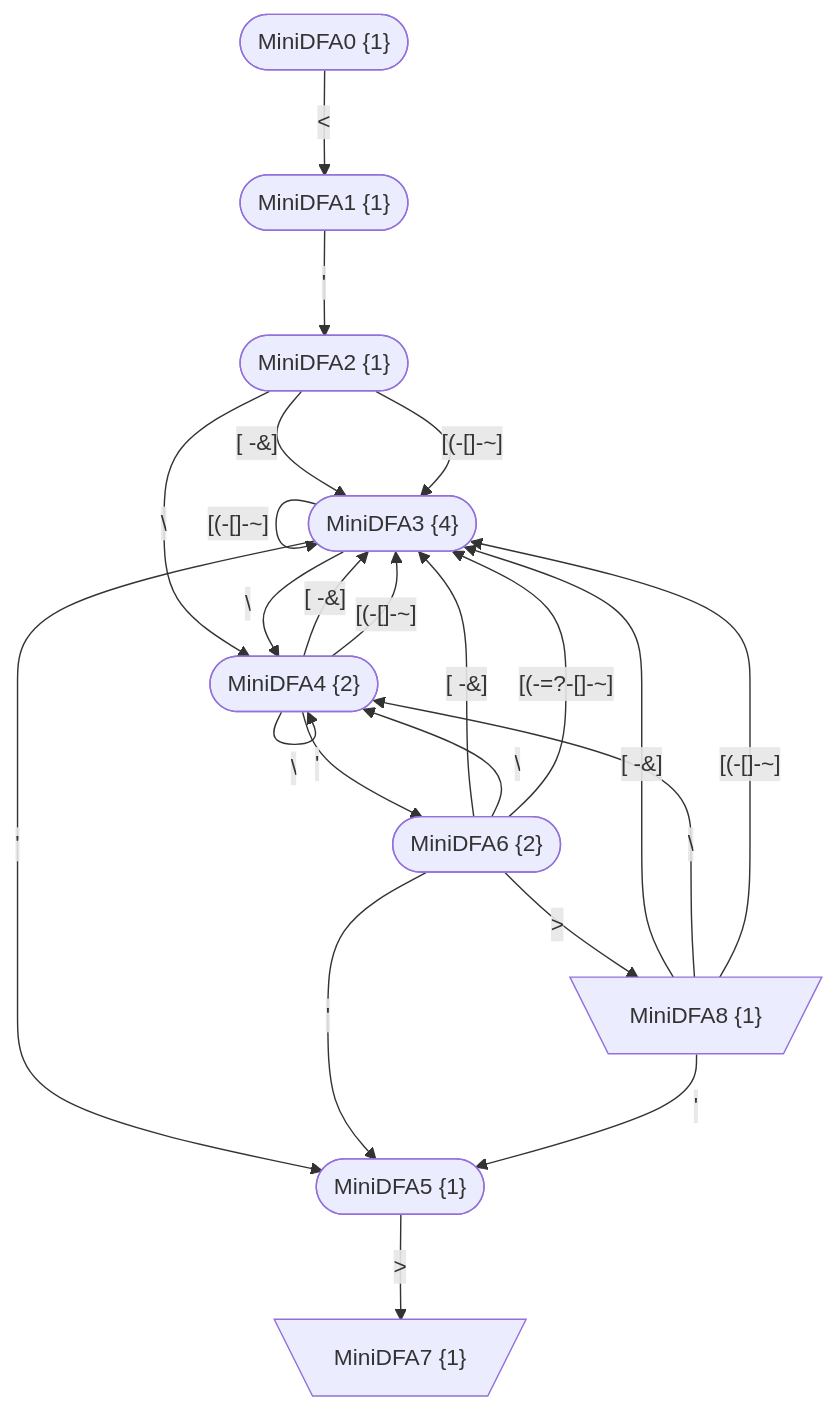
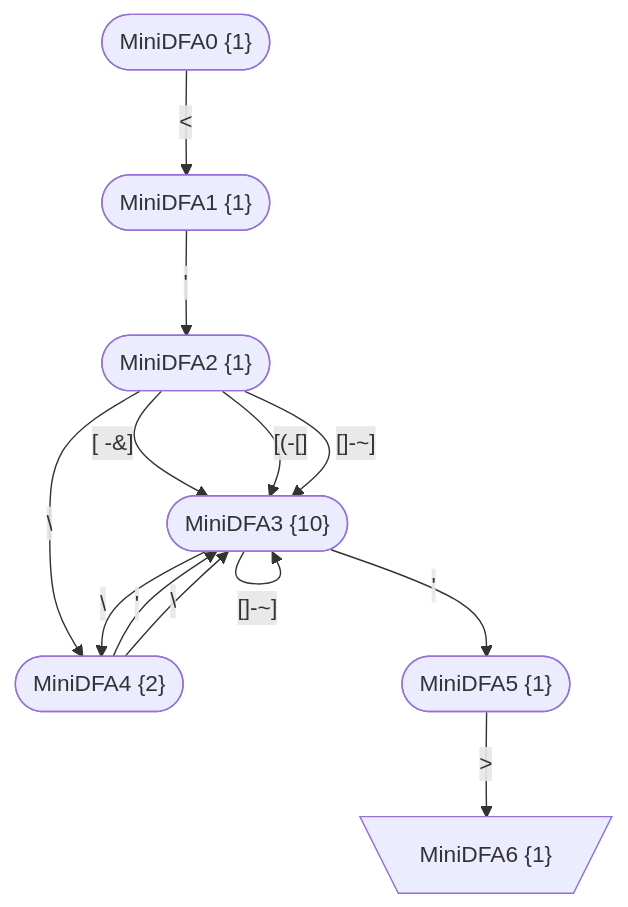
The seventh of 7 diagrams in Practices/Practice.GeneratedXxxFormat.Test/GeneratedPattern/doc/T.@refVt.gen.md (bitzhuwei/GrammarMentor), drawn with Mermaid before and after one commit. The commit also changed other lines of this file and 3868 other files, not shown here.

````diff
--- a/Practices/Practice.GeneratedXxxFormat.Test/GeneratedPattern/doc/T.@refVt.gen.md
+++ b/Practices/Practice.GeneratedXxxFormat.Test/GeneratedPattern/doc/T.@refVt.gen.md
@@ -611,50 +842,39 @@
 ```Mermaid
 flowchart
 classDef c0001 color:#FF0000;
 classDef c0010 stroke-dasharray: 10 10;
 classDef c0011 stroke-dasharray: 10 10,color:#FF0000;
 classDef c0100 fill:#BB66EE;
 classDef c0101 fill:#BB66EE,color:#FF0000;
 classDef c0110 fill:#BB66EE,stroke-dasharray: 10 10;
 classDef c0111 fill:#BB66EE,stroke-dasharray: 10 10,color:#FF0000;
 classDef c1000 stroke:#333,stroke-width:4px;
 classDef c1001 stroke:#333,stroke-width:4px,color:#FF0000;
 classDef c1010 stroke:#333,stroke-width:4px,stroke-dasharray: 10 10;
 classDef c1011 stroke:#333,stroke-width:4px,stroke-dasharray: 10 10,color:#FF0000;
 classDef c1100 stroke:#333,stroke-width:4px,fill:#BB66EE;
 classDef c1101 stroke:#333,stroke-width:4px,fill:#BB66EE,color:#FF0000;
 classDef c1110 stroke:#333,stroke-width:4px,fill:#BB66EE,stroke-dasharray: 10 10;
 classDef c1111 stroke:#333,stroke-width:4px,fill:#BB66EE,stroke-dasharray: 10 10,color:#FF0000;
-MiniDFA0_310199729(["MiniDFA0 {1}"])
-MiniDFA1_-131613700(["MiniDFA1 {1}"])
-MiniDFA2_-315008441(["MiniDFA2 {1}"])
-MiniDFA3_1927896671(["MiniDFA3 {4}"])
-MiniDFA4_1465790419(["MiniDFA4 {2}"])
-MiniDFA5_150696033(["MiniDFA5 {1}"])
-MiniDFA6_-1508734590(["MiniDFA6 {2}"])
-MiniDFA7_1928139985[\"MiniDFA7 {1}"/]
-MiniDFA8_1094364646[\"MiniDFA8 {1}"/]
-MiniDFA0_310199729 -->|"<"|MiniDFA1_-131613700
-MiniDFA1_-131613700 -->|"'"|MiniDFA2_-315008441
-MiniDFA2_-315008441 -->|"[#32;-&]"|MiniDFA3_1927896671
-MiniDFA2_-315008441 -->|"#92;"|MiniDFA4_1465790419
-MiniDFA2_-315008441 -->|"[(-[]-~]"|MiniDFA3_1927896671
-MiniDFA3_1927896671 -->|"[#32;-&]"|MiniDFA3_1927896671
-MiniDFA3_1927896671 -->|"#92;"|MiniDFA4_1465790419
-MiniDFA3_1927896671 -->|"[(-[]-~]"|MiniDFA3_1927896671
-MiniDFA3_1927896671 -->|"'"|MiniDFA5_150696033
-MiniDFA4_1465790419 -->|"'"|MiniDFA6_-1508734590
-MiniDFA4_1465790419 -->|"[#32;-&]"|MiniDFA3_1927896671
-MiniDFA4_1465790419 -->|"#92;"|MiniDFA4_1465790419
-MiniDFA4_1465790419 -->|"[(-[]-~]"|MiniDFA3_1927896671
-MiniDFA5_150696033 -->|">"|MiniDFA7_1928139985
-MiniDFA6_-1508734590 -->|"[#32;-&]"|MiniDFA3_1927896671
-MiniDFA6_-1508734590 -->|"#92;"|MiniDFA4_1465790419
-MiniDFA6_-1508734590 -->|"[(-=?-[]-~]"|MiniDFA3_1927896671
-MiniDFA6_-1508734590 -->|">"|MiniDFA8_1094364646
-MiniDFA6_-1508734590 -->|"'"|MiniDFA5_150696033
-MiniDFA8_1094364646 -->|"[#32;-&]"|MiniDFA3_1927896671
-MiniDFA8_1094364646 -->|"#92;"|MiniDFA4_1465790419
-MiniDFA8_1094364646 -->|"[(-[]-~]"|MiniDFA3_1927896671
-MiniDFA8_1094364646 -->|"'"|MiniDFA5_150696033
+MiniDFA0_490806500(["MiniDFA0 {1}"])
+MiniDFA1_533722144(["MiniDFA1 {1}"])
+MiniDFA2_661053526(["MiniDFA2 {1}"])
+MiniDFA3_278850969(["MiniDFA3 {10}"])
+MiniDFA4_1542379853(["MiniDFA4 {2}"])
+MiniDFA5_-2096372228(["MiniDFA5 {1}"])
+MiniDFA6_-338370456[\"MiniDFA6 {1}"/]
+MiniDFA0_490806500 -->|"<"|MiniDFA1_533722144
+MiniDFA1_533722144 -->|"'"|MiniDFA2_661053526
+MiniDFA2_661053526 -->|"[#32;-&]"|MiniDFA3_278850969
+MiniDFA2_661053526 -->|"#92;"|MiniDFA4_1542379853
+MiniDFA2_661053526 -->|"[(-[]"|MiniDFA3_278850969
+MiniDFA2_661053526 -->|"[]-~]"|MiniDFA3_278850969
+MiniDFA3_278850969 -->|"[#32;-&]"|MiniDFA3_278850969
+MiniDFA3_278850969 -->|"#92;"|MiniDFA4_1542379853
+MiniDFA3_278850969 -->|"[(-[]"|MiniDFA3_278850969
+MiniDFA3_278850969 -->|"[]-~]"|MiniDFA3_278850969
+MiniDFA3_278850969 -->|"'"|MiniDFA5_-2096372228
+MiniDFA4_1542379853 -->|"'"|MiniDFA3_278850969
+MiniDFA4_1542379853 -->|"#92;"|MiniDFA3_278850969
+MiniDFA5_-2096372228 -->|">"|MiniDFA6_-338370456
 ```
````
